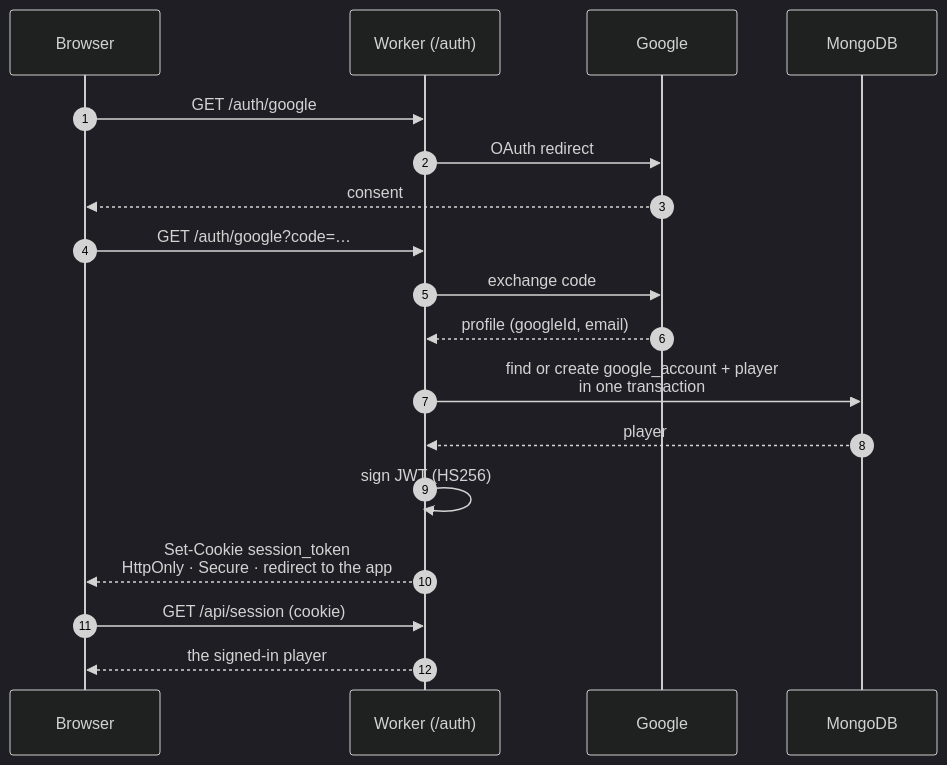
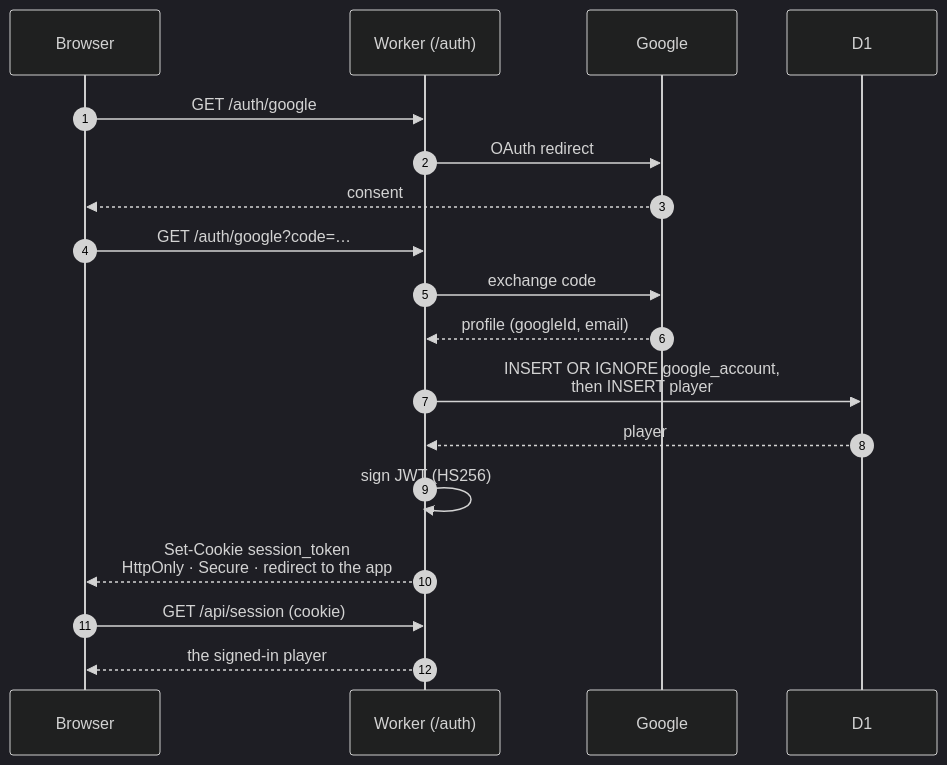
The first of 6 diagrams in docs/site/pages/architecture/data-flow.md (FantasyWiki/FantasyWiki), drawn with Mermaid (dark theme) before and after one commit. The commit also changed other lines of this file and 30 other files, not shown here.

````diff
--- a/docs/site/pages/architecture/data-flow.md
+++ b/docs/site/pages/architecture/data-flow.md
@@ -19,21 +19,21 @@
 ```mermaid
 sequenceDiagram
   autonumber
   participant B as Browser
   participant W as Worker (/auth)
   participant G as Google
-  participant DB as MongoDB
+  participant DB as D1
 
   B->>W: GET /auth/google
   W->>G: OAuth redirect
   G-->>B: consent
   B->>W: GET /auth/google?code=…
   W->>G: exchange code
   G-->>W: profile (googleId, email)
-  W->>DB: find or create google_account + player<br/>in one transaction
+  W->>DB: INSERT OR IGNORE google_account,<br/>then INSERT player
   DB-->>W: player
   W->>W: sign JWT (HS256)
   W-->>B: Set-Cookie session_token<br/>HttpOnly · Secure · redirect to the app
   B->>W: GET /api/session (cookie)
   W-->>B: the signed-in player
 ```
````
